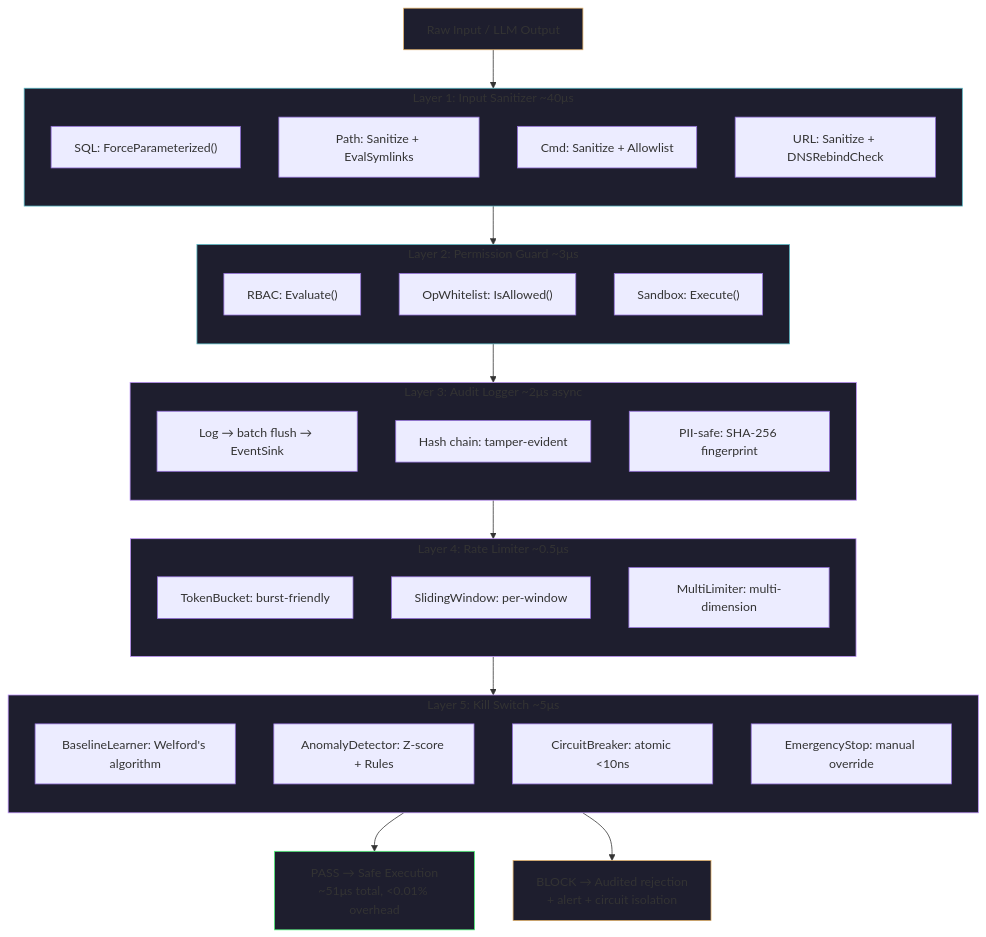
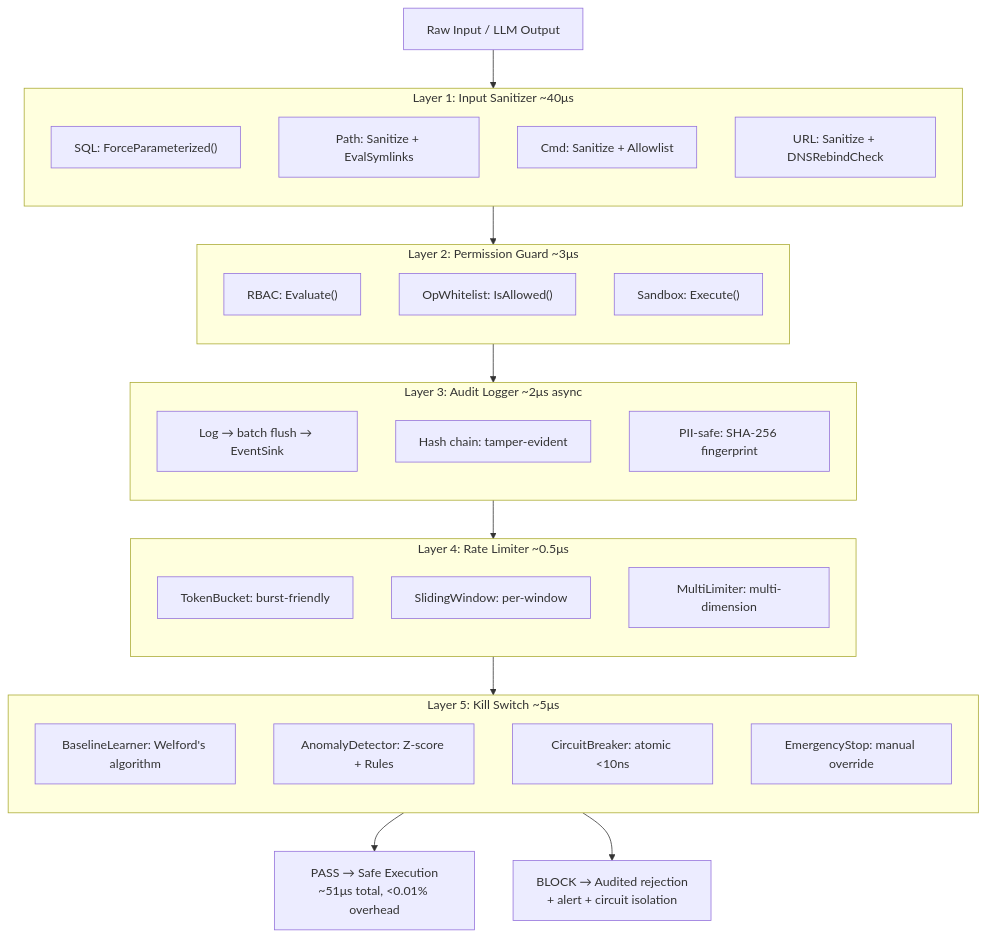
Before and after one commit to Timwood0x10/myblog: the fifth of 5 diagrams in content/log/ARES/12-security-hardening-deep-dive.md, drawn with Mermaid. The commit also changed other lines of this file and 11 other files, not shown here.

Commit message:
refactor(theme): unify Mermaid chart theme styles

````diff
--- a/content/log/ARES/12-security-hardening-deep-dive.md
+++ b/content/log/ARES/12-security-hardening-deep-dive.md
@@ -3043,61 +3027,53 @@
 ```mermaid
 flowchart TD
     INPUT["Raw Input / LLM Output"] --> L1
 
     subgraph L1 ["Layer 1: Input Sanitizer ~40μs"]
         direction TB
         L1A["SQL: ForceParameterized()"]
         L1B["Path: Sanitize + EvalSymlinks"]
         L1C["Cmd: Sanitize + Allowlist"]
         L1D["URL: Sanitize + DNSRebindCheck"]
     end
 
     L1 --> L2
 
     subgraph L2 ["Layer 2: Permission Guard ~3μs"]
         direction TB
         L2A["RBAC: Evaluate()"]
         L2B["OpWhitelist: IsAllowed()"]
         L2C["Sandbox: Execute()"]
     end
 
     L2 --> L3
 
     subgraph L3 ["Layer 3: Audit Logger ~2μs async"]
         direction TB
         L3A["Log → batch flush → EventSink"]
         L3B["Hash chain: tamper-evident"]
         L3C["PII-safe: SHA-256 fingerprint"]
     end
 
     L3 --> L4
 
     subgraph L4 ["Layer 4: Rate Limiter ~0.5μs"]
         direction TB
         L4A["TokenBucket: burst-friendly"]
         L4B["SlidingWindow: per-window"]
         L4C["MultiLimiter: multi-dimension"]
     end
 
     L4 --> L5
 
     subgraph L5 ["Layer 5: Kill Switch ~5μs"]
         direction TB
         L5A["BaselineLearner: Welford's algorithm"]
         L5B["AnomalyDetector: Z-score + Rules"]
         L5C["CircuitBreaker: atomic <10ns"]
         L5D["EmergencyStop: manual override"]
     end
 
     L5 --> PASS["PASS → Safe Execution<br/>~51μs total, <0.01% overhead"]
     L5 --> BLOCK["BLOCK → Audited rejection<br/>+ alert + circuit isolation"]
 
-    style INPUT fill:#1e1e2e,stroke:#e0af68
-    style L1 fill:#1e1e2e,stroke:#56b6c2
-    style L2 fill:#1e1e2e,stroke:#56b6c2
-    style L3 fill:#1e1e2e,stroke:#bd93f9
-    style L4 fill:#1e1e2e,stroke:#bd93f9
-    style L5 fill:#1e1e2e,stroke:#bd93f9
-    style PASS fill:#1e1e2e,stroke:#50fa7b
-    style BLOCK fill:#1e1e2e,stroke:#e0af68
 ```
````
